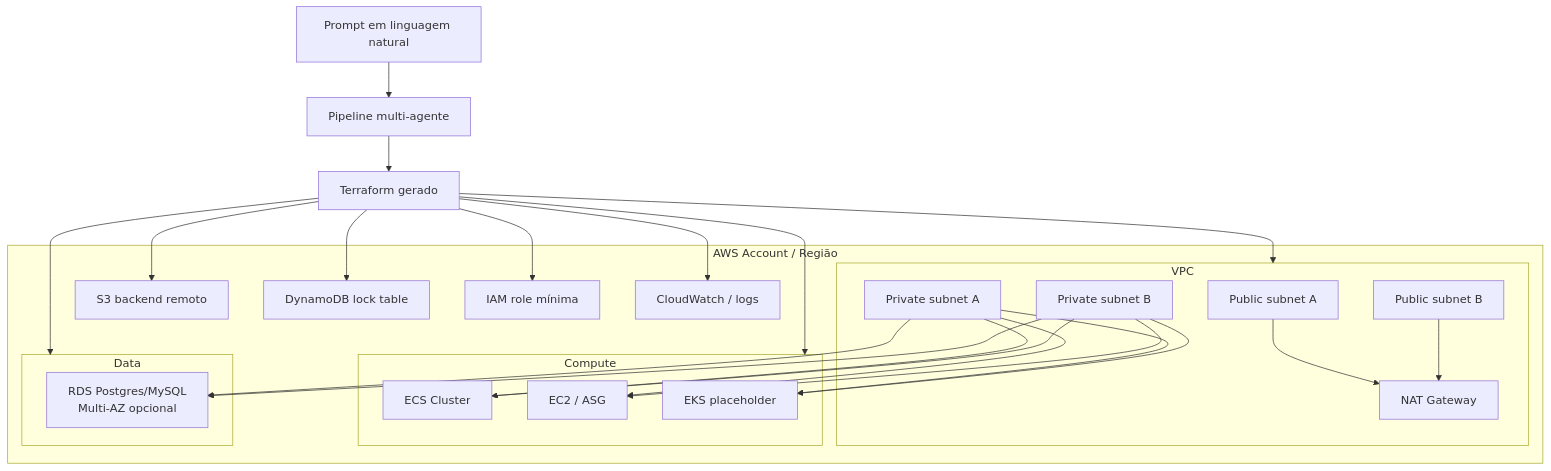
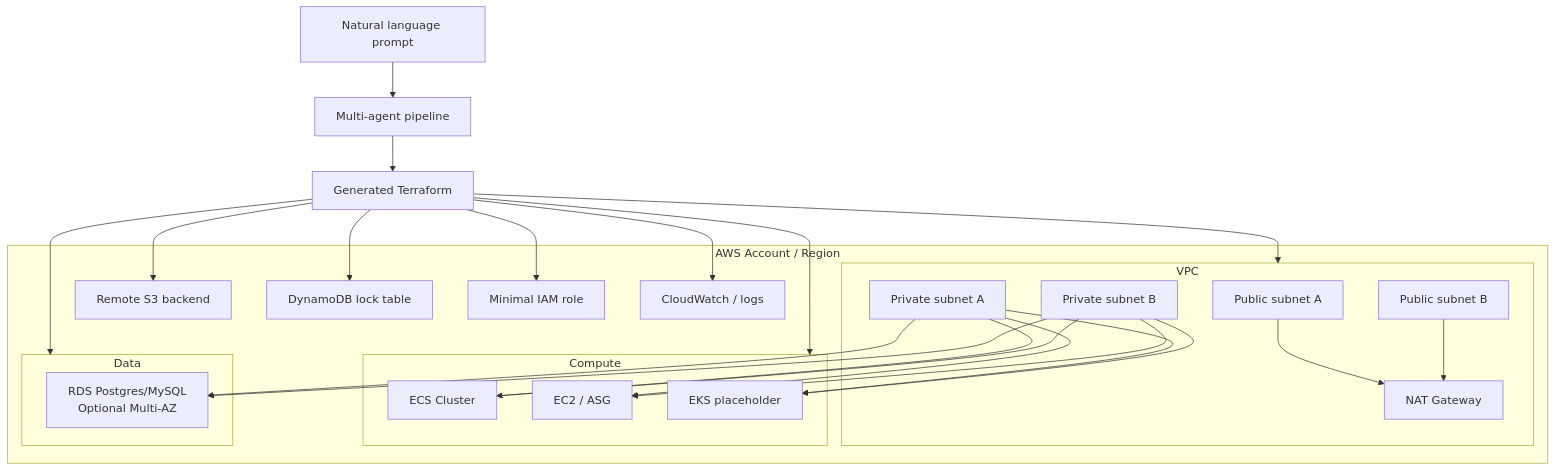
One commit to oleitao/ai-projects changed the first of 2 diagrams in AI-AGENTS/README.md. Above: the diagram before and after it, drawn with Mermaid. The commit also changed other lines of this file, not shown here.

````diff
--- a/AI-AGENTS/README.md
+++ b/AI-AGENTS/README.md
@@ -27,50 +27,50 @@
 ```mermaid
 flowchart TB
-    User[Prompt em linguagem natural] --> Pipeline[Pipeline multi-agente]
-    Pipeline --> TF[Terraform gerado]
+    User[Natural language prompt] --> Pipeline[Multi-agent pipeline]
+    Pipeline --> TF[Generated Terraform]
 
-    subgraph AWS[AWS Account / Região]
-        Backend[S3 backend remoto]
+    subgraph AWS[AWS Account / Region]
+        Backend[Remote S3 backend]
         Lock[DynamoDB lock table]
 
         subgraph Network[VPC]
             PubA[Public subnet A]
             PubB[Public subnet B]
             PrivA[Private subnet A]
             PrivB[Private subnet B]
             NAT[NAT Gateway]
         end
 
         subgraph Compute[Compute]
             ECS[ECS Cluster]
             EC2[EC2 / ASG]
             EKS[EKS placeholder]
         end
 
         subgraph Data[Data]
-            RDS[RDS Postgres/MySQL\nMulti-AZ opcional]
+            RDS[RDS Postgres/MySQL\nOptional Multi-AZ]
         end
 
-        IAM[IAM role mínima]
+        IAM[Minimal IAM role]
         CW[CloudWatch / logs]
     end
 
     TF --> Backend
     TF --> Lock
     TF --> Network
     TF --> Compute
     TF --> Data
     TF --> IAM
     TF --> CW
 
     PrivA --> ECS
     PrivB --> ECS
     PrivA --> EC2
     PrivB --> EC2
     PrivA --> EKS
     PrivB --> EKS
     PrivA --> RDS
     PrivB --> RDS
     PubA --> NAT
     PubB --> NAT
 ```
````
